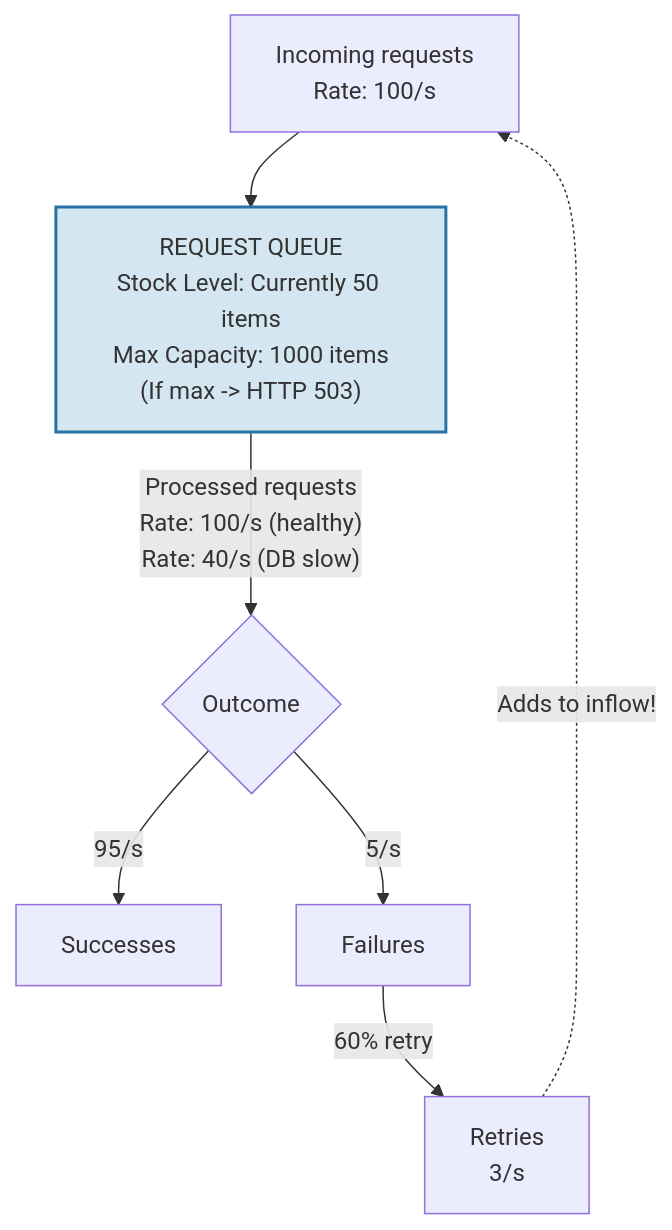
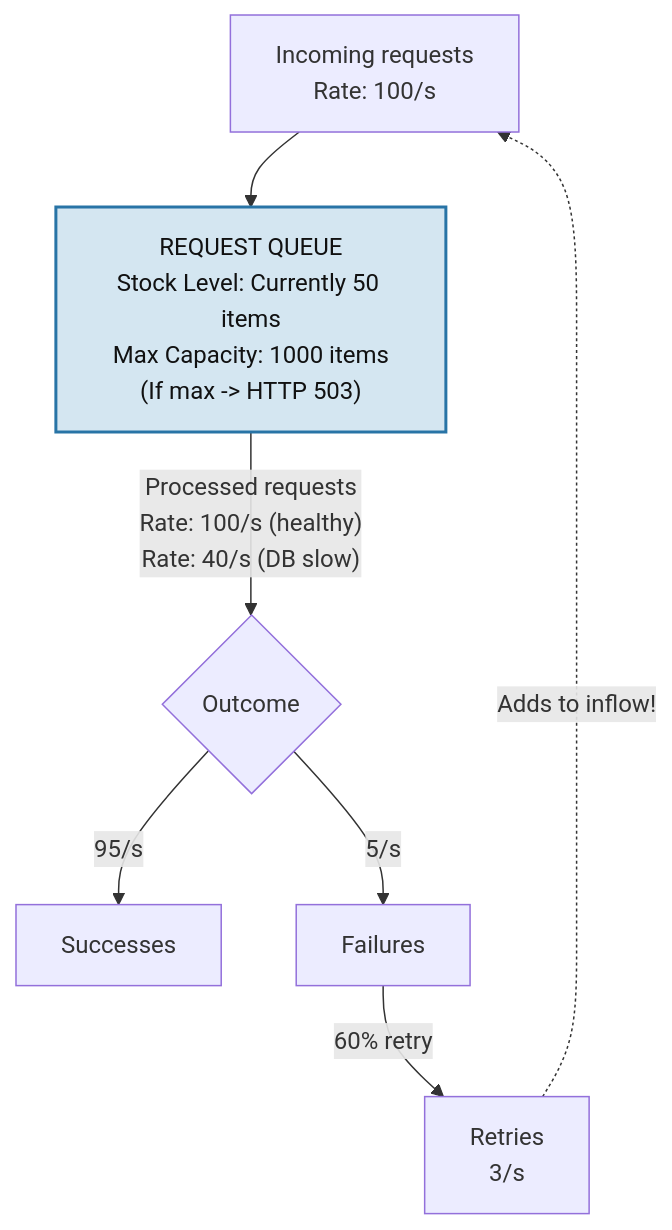
Before and after one commit to kube-dojo/kube-dojo.github.io: the third of 9 diagrams in src/content/docs/platform/foundations/systems-thinking/module-1.3-mental-models-for-operations.md, drawn with Mermaid. The commit also changed other lines of this file and 18 other files, not shown here.

Commit message:
docs: set readable Mermaid foreground colors (#3442)

````diff
--- a/src/content/docs/platform/foundations/systems-thinking/module-1.3-mental-models-for-operations.md
+++ b/src/content/docs/platform/foundations/systems-thinking/module-1.3-mental-models-for-operations.md
@@ -213,14 +213,14 @@
 ```mermaid
 flowchart TD
     Incoming["Incoming requests<br/>Rate: 100/s"] --> Queue["REQUEST QUEUE<br/>Stock Level: Currently 50 items<br/>Max Capacity: 1000 items<br/>(If max -> HTTP 503)"]
     Queue -->|"Processed requests<br/>Rate: 100/s (healthy)<br/>Rate: 40/s (DB slow)"| Processed{"Outcome"}
     
     Processed -->|95/s| Successes["Successes"]
     Processed -->|5/s| Failures["Failures"]
     
     Failures -->|60% retry| Retries["Retries<br/>3/s"]
     Retries -.->|Adds to inflow!| Incoming
     
-    classDef stock fill:#d4e6f1,stroke:#2874a6,stroke-width:2px;
+    classDef stock fill:#d4e6f1,color:#111,stroke:#2874a6,stroke-width:2px;
     class Queue stock;
 ```
````
